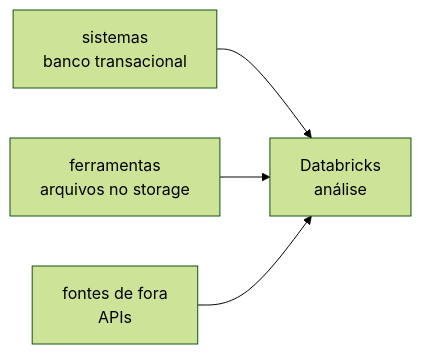
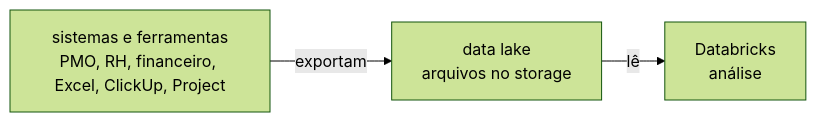
One commit to AugustoKoche-AI/ImersaoControlTower changed the second of 2 diagrams in aulas/aula-02-engenheiro/README.md. Above: the diagram before and after it, drawn with Mermaid (forest theme). The commit also changed other lines of this file and 7 other files, not shown here.

First line of the commit message:
Noite 2: só data lake (S3/boto3 no Supabase Storage) para o raw, e o raw vira a bronze

````diff
--- a/aulas/aula-02-engenheiro/README.md
+++ b/aulas/aula-02-engenheiro/README.md
@@ -58,6 +56,4 @@
 ```mermaid
 flowchart LR
-  S["sistemas<br/>banco transacional"] --> D["Databricks<br/>análise"]
-  F["ferramentas<br/>arquivos no storage"] --> D
-  A["fontes de fora<br/>APIs"] --> D
+  S["sistemas e ferramentas<br/>PMO, RH, financeiro, Excel, ClickUp, Project"] -- exportam --> L["data lake<br/>arquivos no storage"] -- lê --> D["Databricks<br/>análise"]
 ```
````
